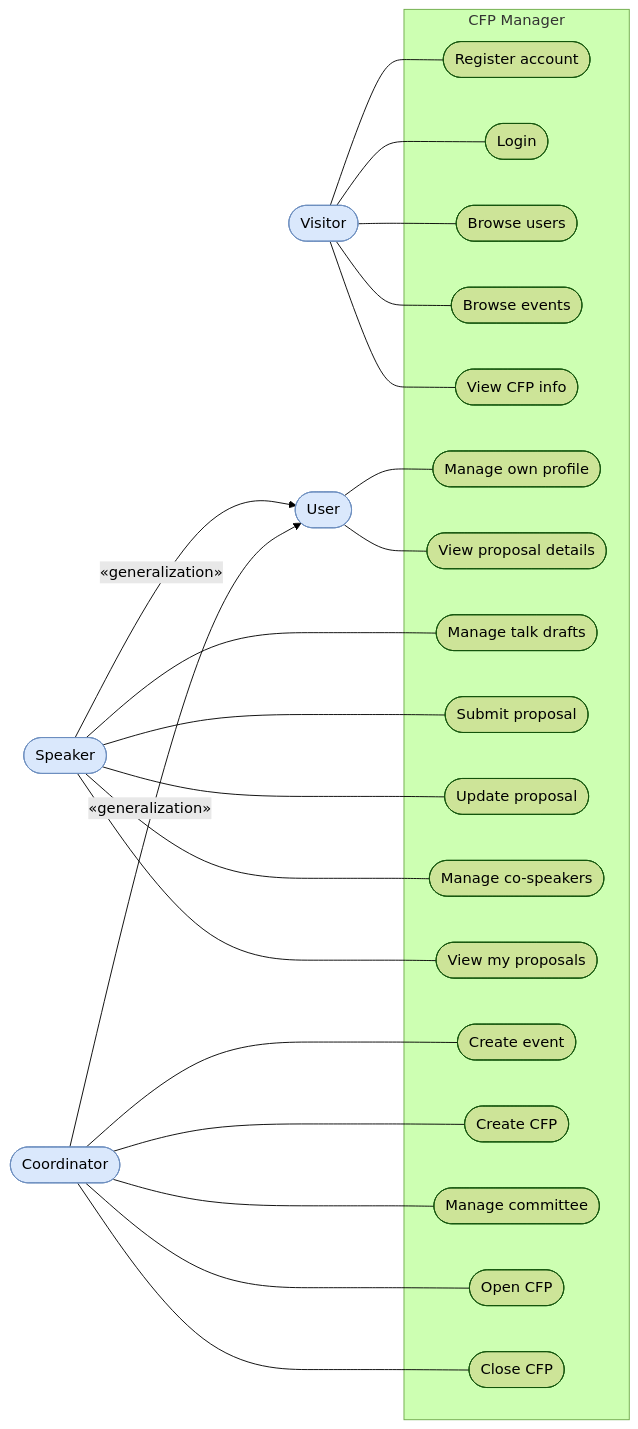
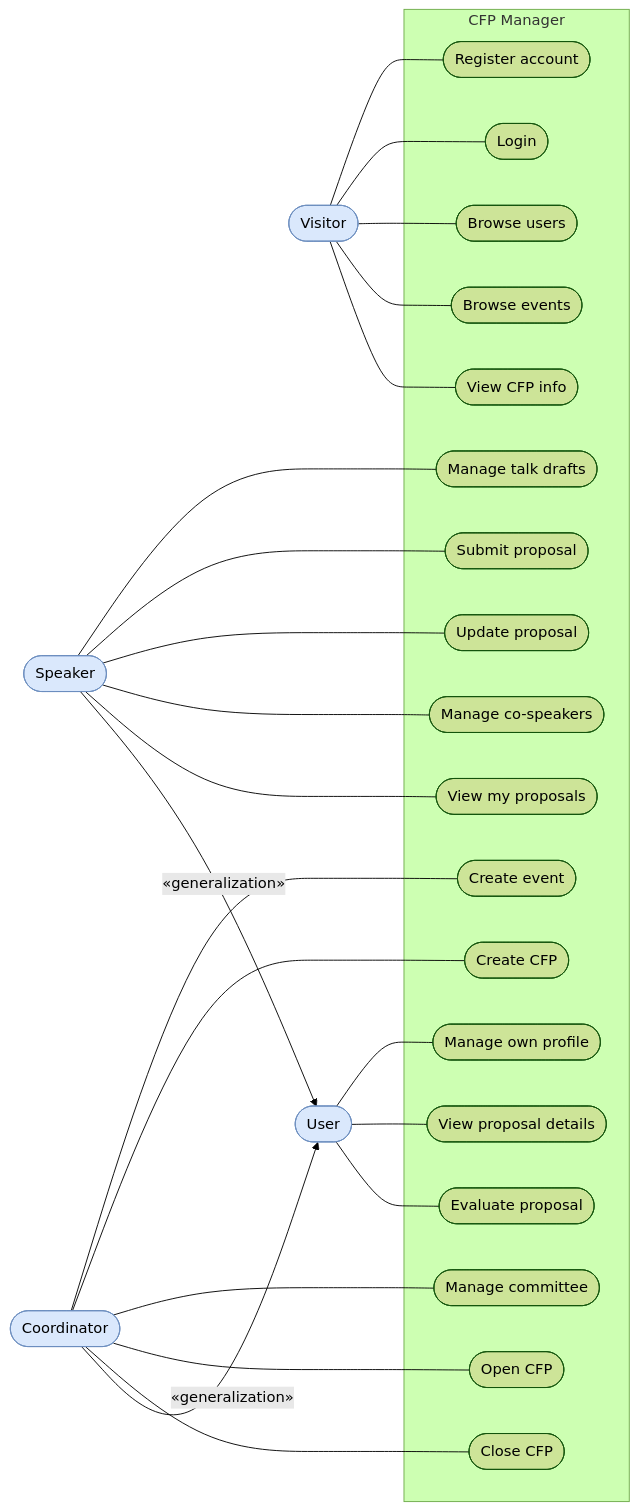
The third of 3 diagrams in README.md (dearrudam/cfp-manager), drawn with Mermaid (forest theme) before and after one commit. The commit also changed other lines of this file and 13 other files, not shown here.

````diff
--- a/README.md
+++ b/README.md
@@ -248,50 +260,52 @@
 ```mermaid
 flowchart LR
     Visitor([Visitor])
     User([User])
     Speaker([Speaker])
     Coordinator([Coordinator])
 
     subgraph CFP["CFP Manager"]
         Register([Register account])
         Login([Login])
         BrowseUsers([Browse users])
         BrowseEvents([Browse events])
         ViewCfp([View CFP info])
         Profile([Manage own profile])
         ViewProposal([View proposal details])
         Drafts([Manage talk drafts])
         Submit([Submit proposal])
         Update([Update proposal])
         CoSpeakers([Manage co-speakers])
+        Evaluate([Evaluate proposal])
         MyProposals([View my proposals])
         CreateEvent([Create event])
         CreateCfp([Create CFP])
         Committee([Manage committee])
         OpenCfp([Open CFP])
         CloseCfp([Close CFP])
     end
 
     Visitor --- Register
     Visitor --- Login
     Visitor --- BrowseUsers
     Visitor --- BrowseEvents
     Visitor --- ViewCfp
     User --- Profile
     User --- ViewProposal
     Speaker --- Drafts
     Speaker --- Submit
     Speaker --- Update
     Speaker --- CoSpeakers
+    User --- Evaluate
     Speaker --- MyProposals
     Coordinator --- CreateEvent
     Coordinator --- CreateCfp
     Coordinator --- Committee
     Coordinator --- OpenCfp
     Coordinator --- CloseCfp
     Speaker -->|«generalization»| User
     Coordinator -->|«generalization»| User
 
     classDef actor fill:#dae8fc,stroke:#6c8ebf,color:#000
     class Visitor,User,Speaker,Coordinator actor
 ```
````
